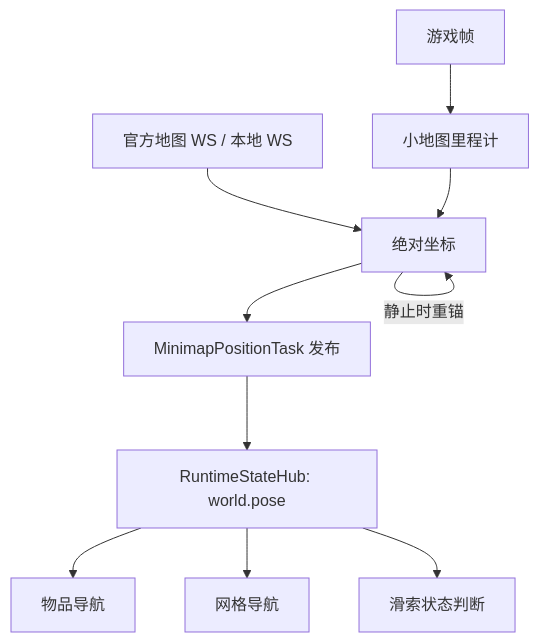
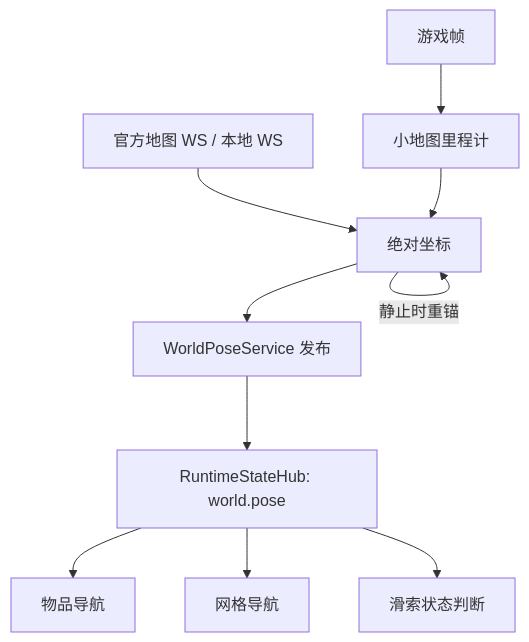
Before and after one commit to AliceJump/ok-end-field: the diagram in docs/dev/小地图定位.md, drawn with Mermaid. The commit also changed other lines of this file and 47 other files, not shown here.

Commit message:
refactor(localization): 将小地图定位改为应用级服务

````diff
--- a/docs/dev/小地图定位.md
+++ b/docs/dev/小地图定位.md
@@ -34,12 +35,12 @@
 ```mermaid
 flowchart TD
     W[官方地图 WS / 本地 WS] --> FUS[绝对坐标]
     F[游戏帧] --> O[小地图里程计]
     O --> FUS
     FUS -->|静止时重锚| FUS
-    FUS --> PUB[MinimapPositionTask 发布]
+    FUS --> PUB[WorldPoseService 发布]
     PUB --> HUB[RuntimeStateHub: world.pose]
     HUB --> ITEM[物品导航]
     HUB --> NAV[网格导航]
     HUB --> ZIP[滑索状态判断]
 ```
````
